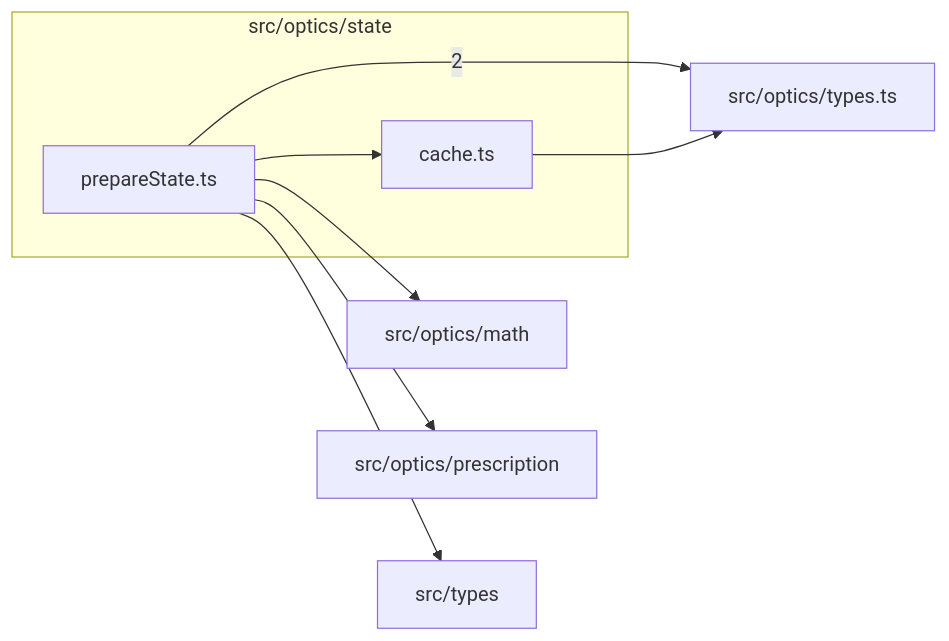
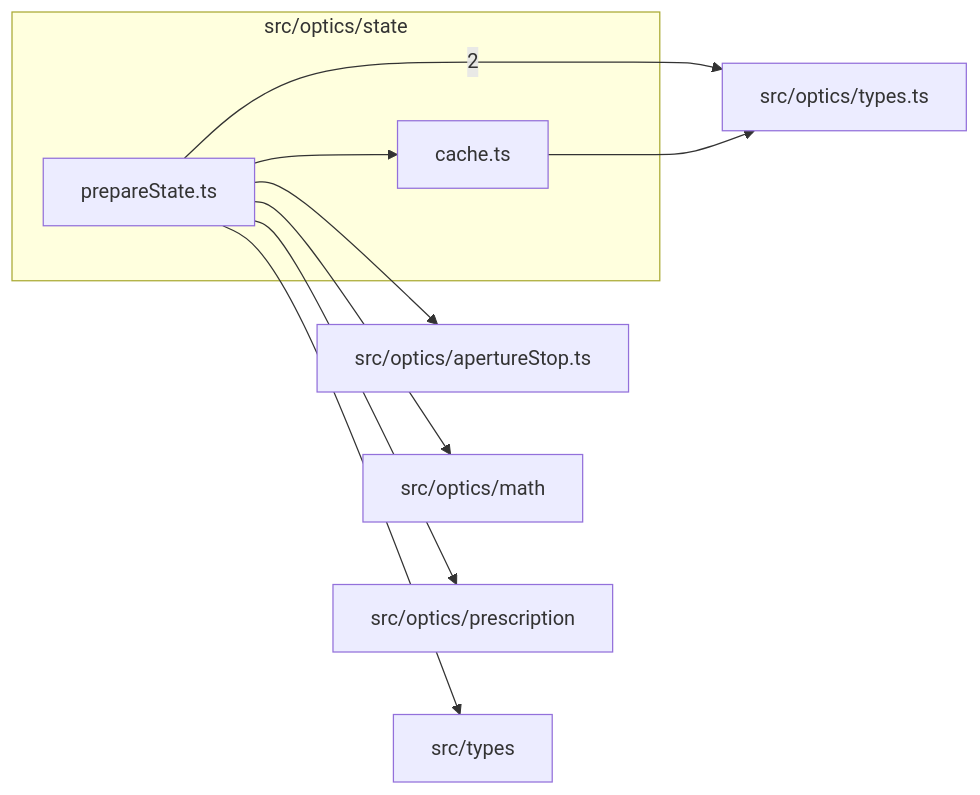
The diagram in src/optics/state/readme.md (ronbuening/LensVisualizer), drawn with Mermaid before and after one commit. The commit also changed other lines of this file and 177 other files, not shown here.

First line of the commit message:
Audit the oldest 40 lens diagrams against patents (#704)

````diff
--- a/src/optics/state/readme.md
+++ b/src/optics/state/readme.md
@@ -9,17 +9,19 @@
 ```mermaid
 flowchart LR
   subgraph n_src_optics_state["src/optics/state"]
     n_src_optics_state_src_optics_state_cache_ts["cache.ts"]
     n_src_optics_state_src_optics_state_prepareState_ts["prepareState.ts"]
   end
   n_external_src_optics_types_ts["src/optics/types.ts"]
+  n_external_src_optics_apertureStop_ts["src/optics/apertureStop.ts"]
   n_external_src_optics_math["src/optics/math"]
   n_external_src_optics_prescription["src/optics/prescription"]
   n_external_src_types["src/types"]
   n_src_optics_state_src_optics_state_prepareState_ts --> |2| n_external_src_optics_types_ts
+  n_src_optics_state_src_optics_state_prepareState_ts --> n_external_src_optics_apertureStop_ts
   n_src_optics_state_src_optics_state_prepareState_ts --> n_external_src_optics_math
   n_src_optics_state_src_optics_state_prepareState_ts --> n_external_src_optics_prescription
   n_src_optics_state_src_optics_state_cache_ts --> n_external_src_optics_types_ts
   n_src_optics_state_src_optics_state_prepareState_ts --> n_external_src_types
   n_src_optics_state_src_optics_state_prepareState_ts --> n_src_optics_state_src_optics_state_cache_ts
 ```
````
